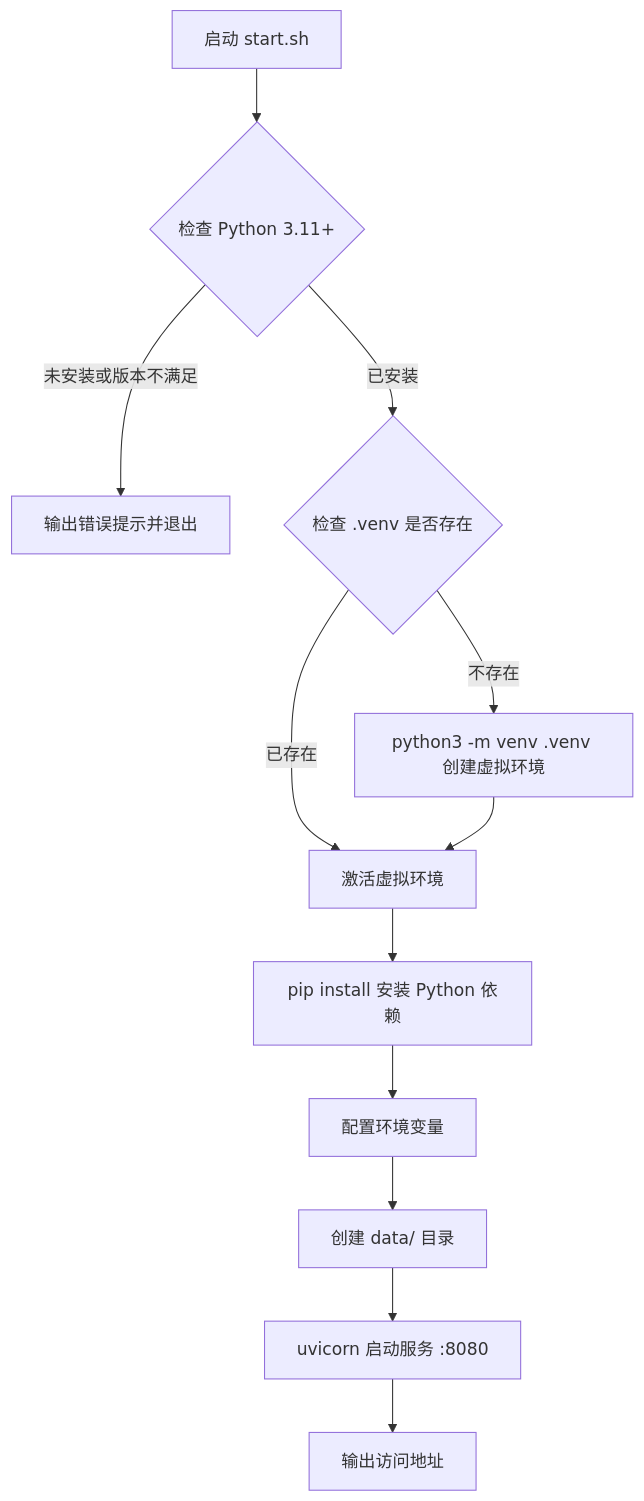
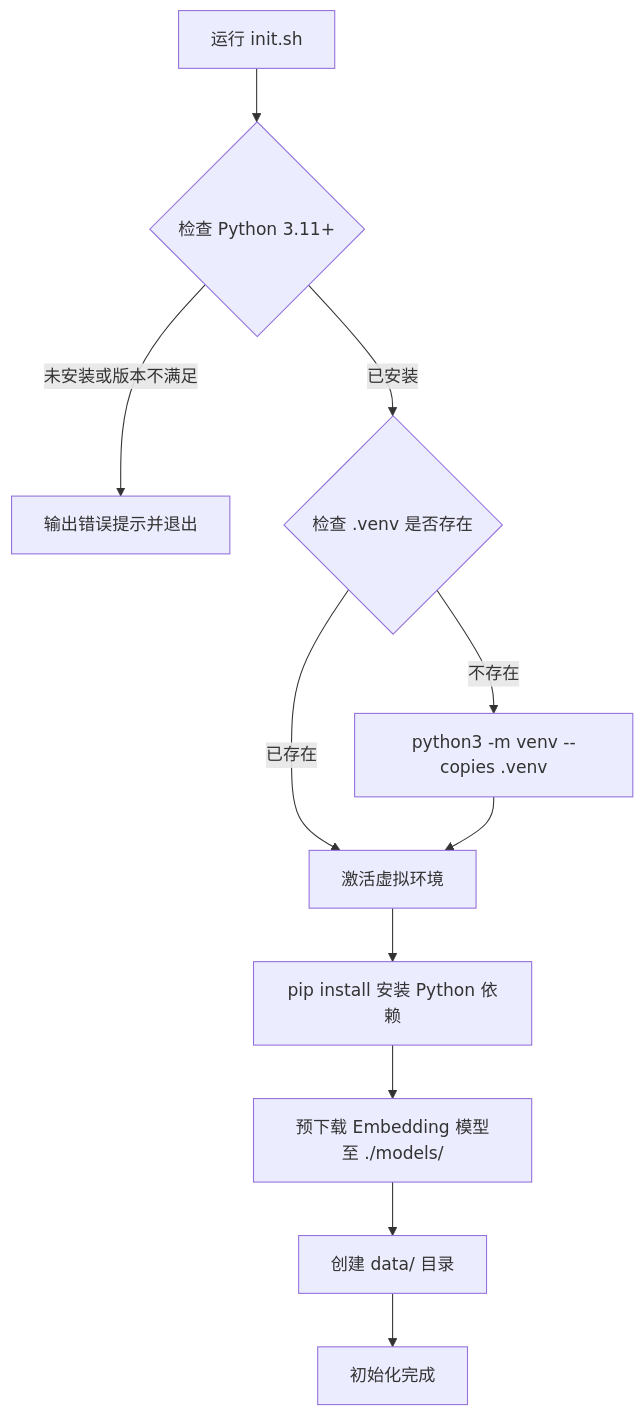
Before and after one commit to SevenLv/air_memory: the first of 3 diagrams in doc/deploy_guide.md, drawn with Mermaid. The commit also changed other lines of this file and 9 other files, not shown here.

````diff
--- a/doc/deploy_guide.md
+++ b/doc/deploy_guide.md
@@ -127,14 +130,13 @@
 ```mermaid
 flowchart TD
-    A[启动 start.sh] --> B{检查 Python 3.11+}
+    A[运行 init.sh] --> B{检查 Python 3.11+}
     B -->|未安装或版本不满足| C[输出错误提示并退出]
     B -->|已安装| D{检查 .venv 是否存在}
-    D -->|不存在| E[python3 -m venv .venv 创建虚拟环境]
+    D -->|不存在| E[python3 -m venv --copies .venv]
     D -->|已存在| F[激活虚拟环境]
     E --> F
     F --> G[pip install 安装 Python 依赖]
-    G --> H[配置环境变量]
+    G --> H[预下载 Embedding 模型至 ./models/]
     H --> I[创建 data/ 目录]
-    I --> J[uvicorn 启动服务 :8080]
-    J --> K[输出访问地址]
+    I --> J[初始化完成]
 ```
````
